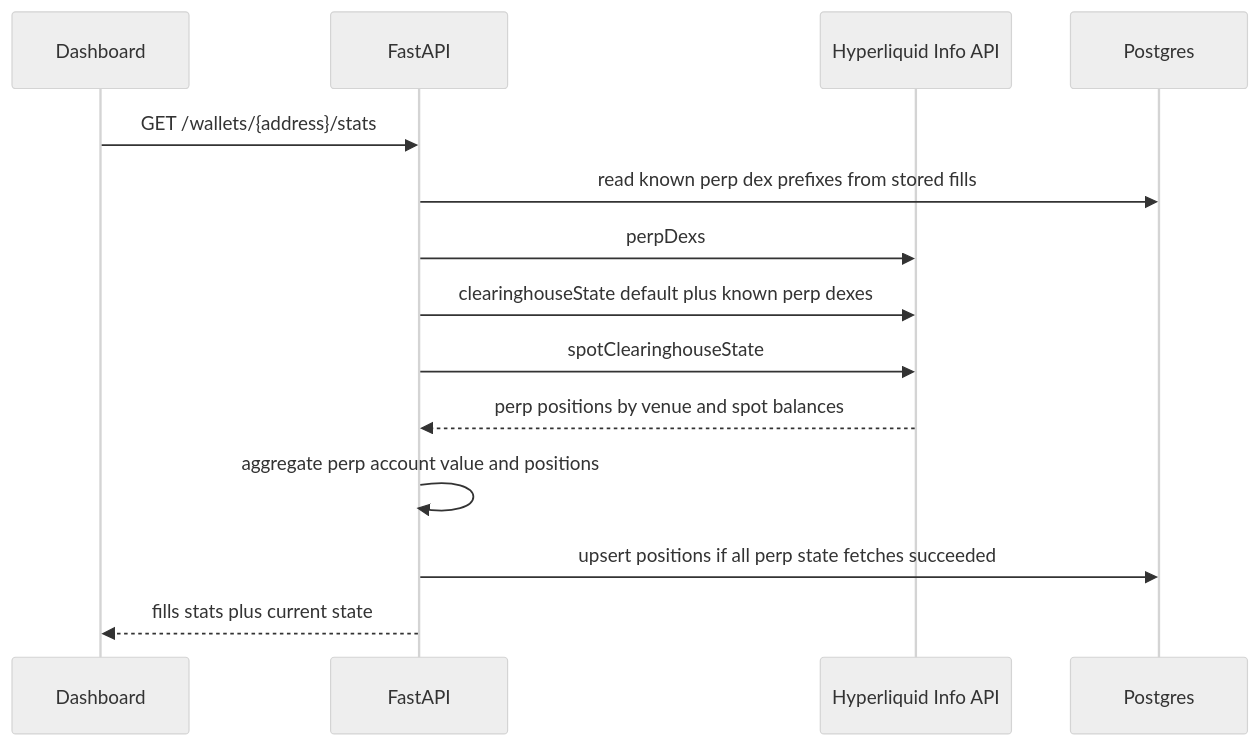
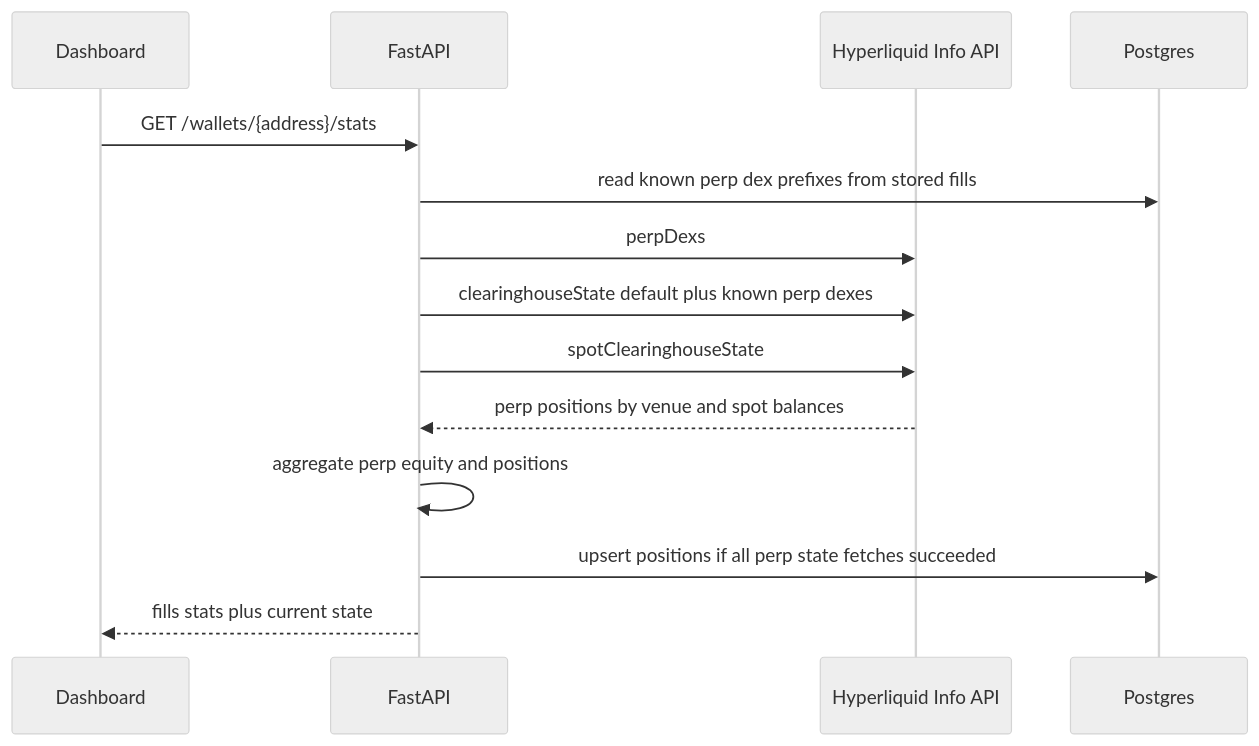
The fourth of 9 diagrams in docs/architecture.md (DrottPoker/copytrading-agent), drawn with Mermaid (neutral theme) before and after one commit. The commit also changed other lines of this file and 24 other files, not shown here.

````diff
--- a/docs/architecture.md
+++ b/docs/architecture.md
@@ -257,17 +257,17 @@
 ```mermaid
 sequenceDiagram
   participant UI as Dashboard
   participant API as FastAPI
   participant HL as Hyperliquid Info API
   participant DB as Postgres
 
   UI->>API: GET /wallets/{address}/stats
   API->>DB: read known perp dex prefixes from stored fills
   API->>HL: perpDexs
   API->>HL: clearinghouseState default plus known perp dexes
   API->>HL: spotClearinghouseState
   HL-->>API: perp positions by venue and spot balances
-  API->>API: aggregate perp account value and positions
+  API->>API: aggregate perp equity and positions
   API->>DB: upsert positions if all perp state fetches succeeded
   API-->>UI: fills stats plus current state
 ```
````
